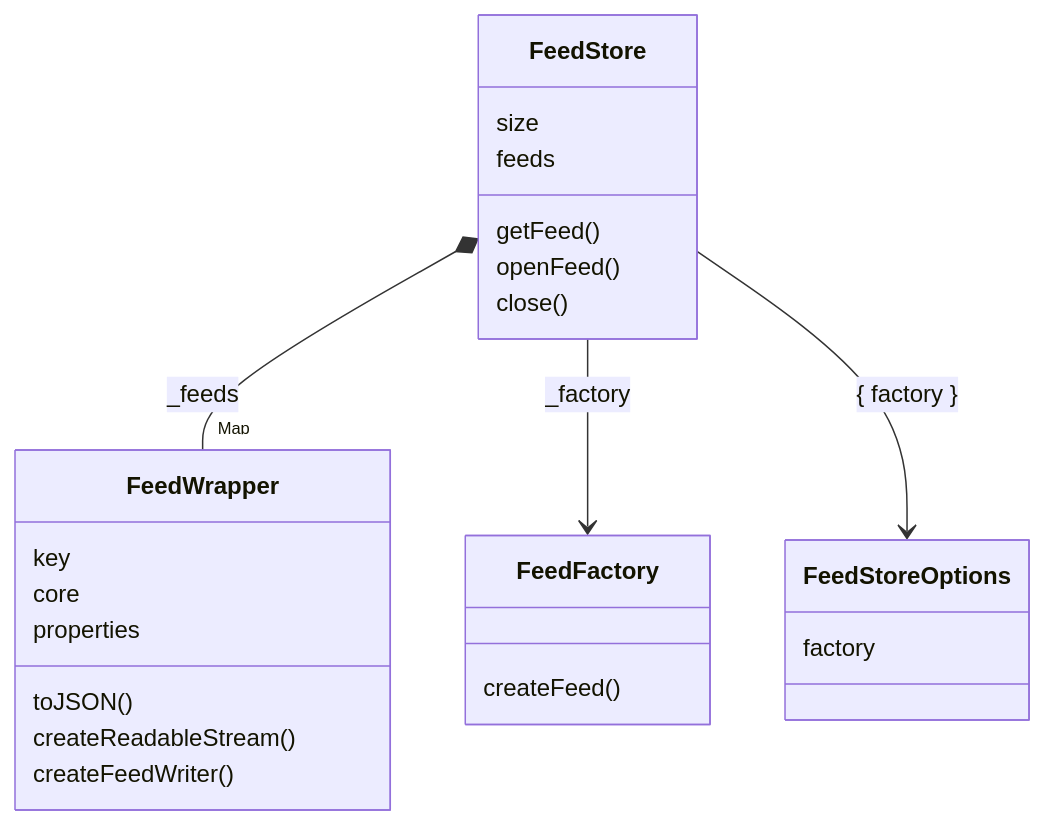
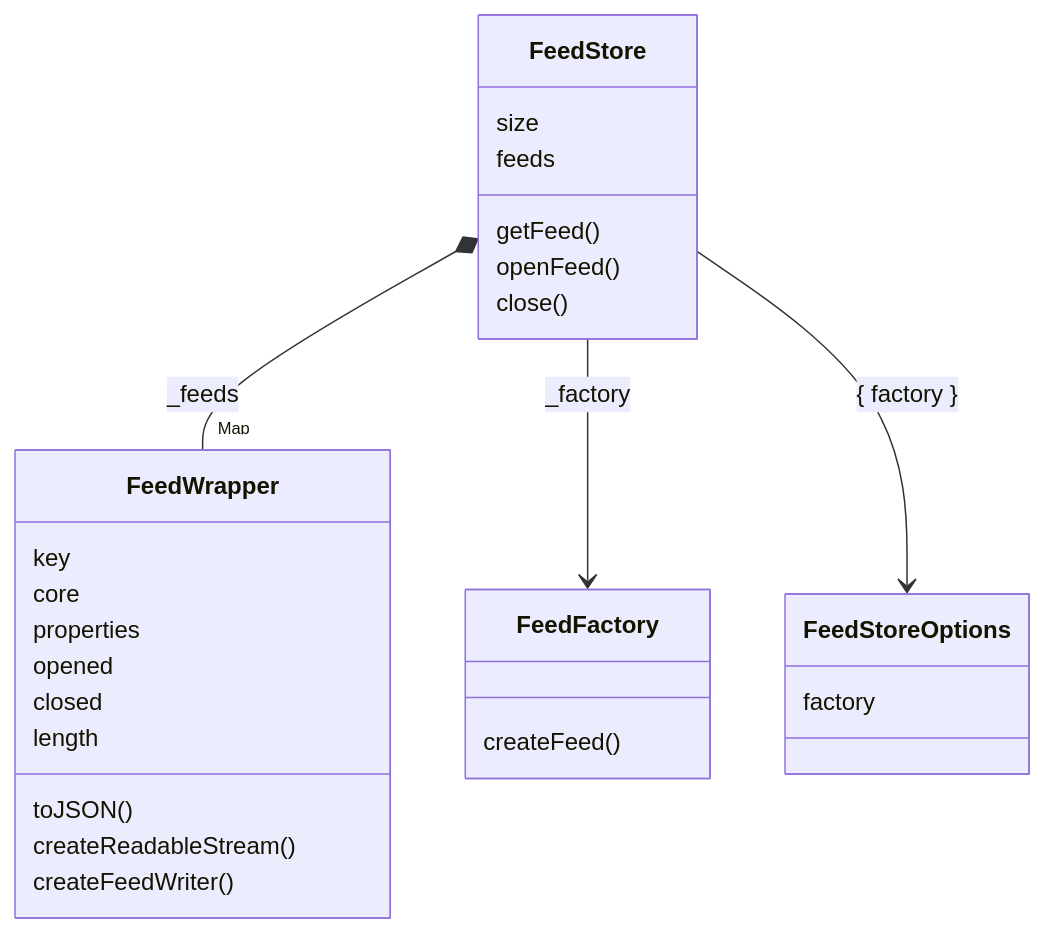
The first of 3 diagrams in packages/common/feed-store/docs/README.md (dxos/dxos), drawn with Mermaid before and after one commit. The commit also changed other lines of this file and 41 other files, not shown here.

````diff
--- a/packages/common/feed-store/docs/README.md
+++ b/packages/common/feed-store/docs/README.md
@@ -7,30 +7,33 @@
 ```mermaid
 classDiagram
 direction TB
 
 class FeedStore {
   size
   feeds
   getFeed()
   openFeed()
   close()
 }
 FeedStore *-- "Map" FeedWrapper : _feeds
 FeedStore --> FeedFactory : _factory
 FeedStore --> FeedStoreOptions : { factory }
 class FeedWrapper {
   key
   core
   properties
+  opened
+  closed
+  length
   toJSON()
   createReadableStream()
   createFeedWriter()
 }
 class FeedFactory {
   createFeed()
 }
 class FeedStoreOptions {
-<interface>
+  <interface>
   factory
 }
 ```
````
